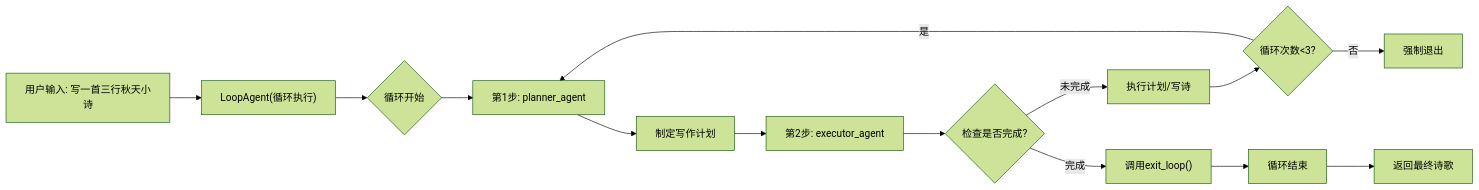
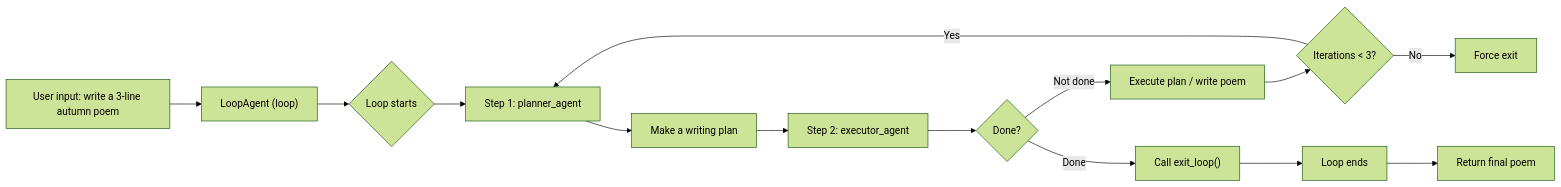
One commit to volcengine/veadk-python changed the third of 4 diagrams in docs/content/docs/framework/agent/multi-agent/overview.en.mdx. Above: the diagram before and after it, drawn with Mermaid (forest theme). The commit also changed other lines of this file and 117 other files, not shown here.

````diff
--- a/docs/content/docs/framework/agent/multi-agent/overview.en.mdx
+++ b/docs/content/docs/framework/agent/multi-agent/overview.en.mdx
@@ -274,16 +151,16 @@
 ```mermaid
 graph LR
-    A["用户输入: 写一首三行秋天小诗"] --> B["LoopAgent(循环执行)"]
-    B --> C{"循环开始"}
-    C --> D["第1步: planner_agent"]
-    D --> E["制定写作计划"]
-    E --> F["第2步: executor_agent"]
-    F --> G{"检查是否完成?"}
-    G -->|"未完成"| H["执行计划/写诗"]
-    H --> I{"循环次数<3?"}
-    I -->|"是"| D
-    I -->|"否"| J["强制退出"]
-    G -->|"完成"| K["调用exit_loop()"]
-    K --> L["循环结束"]
-    L --> M["返回最终诗歌"]
+    A["User input: write a 3-line autumn poem"] --> B["LoopAgent (loop)"]
+    B --> C{"Loop starts"}
+    C --> D["Step 1: planner_agent"]
+    D --> E["Make a writing plan"]
+    E --> F["Step 2: executor_agent"]
+    F --> G{"Done?"}
+    G -->|"Not done"| H["Execute plan / write poem"]
+    H --> I{"Iterations < 3?"}
+    I -->|"Yes"| D
+    I -->|"No"| J["Force exit"]
+    G -->|"Done"| K["Call exit_loop()"]
+    K --> L["Loop ends"]
+    L --> M["Return final poem"]
 ```
````
